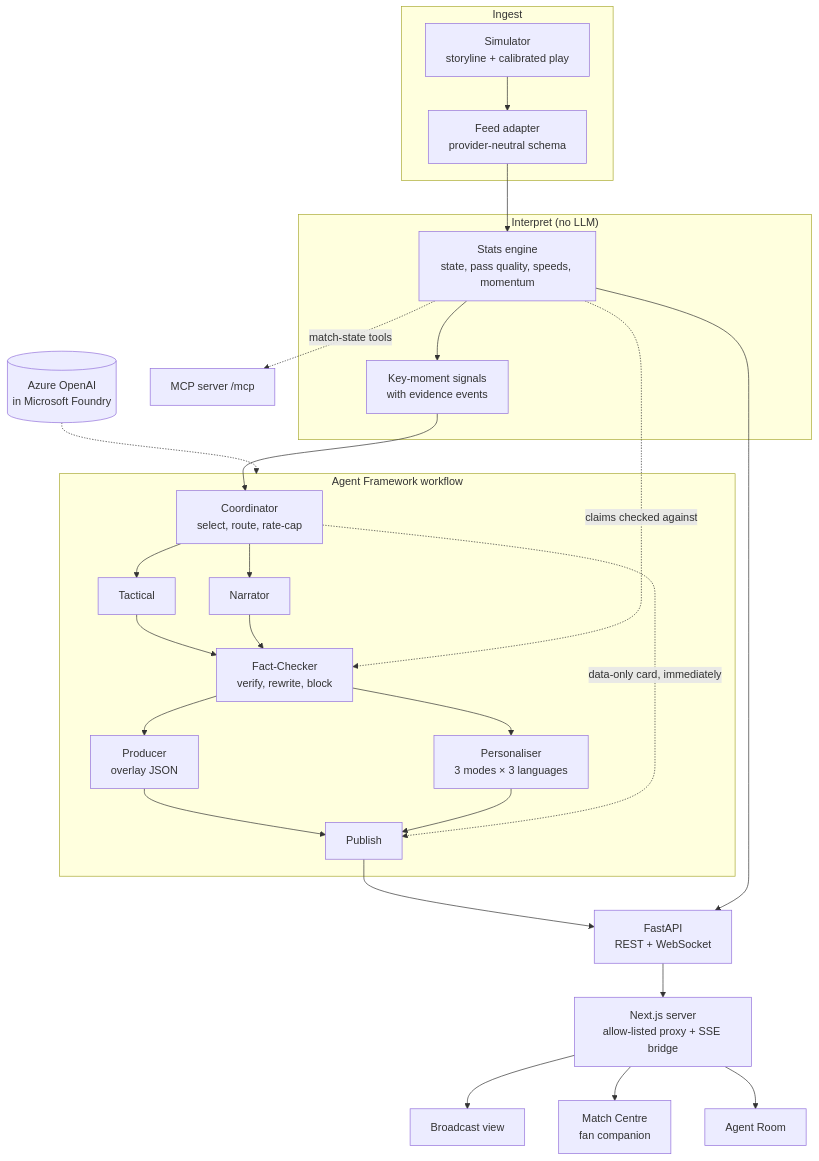
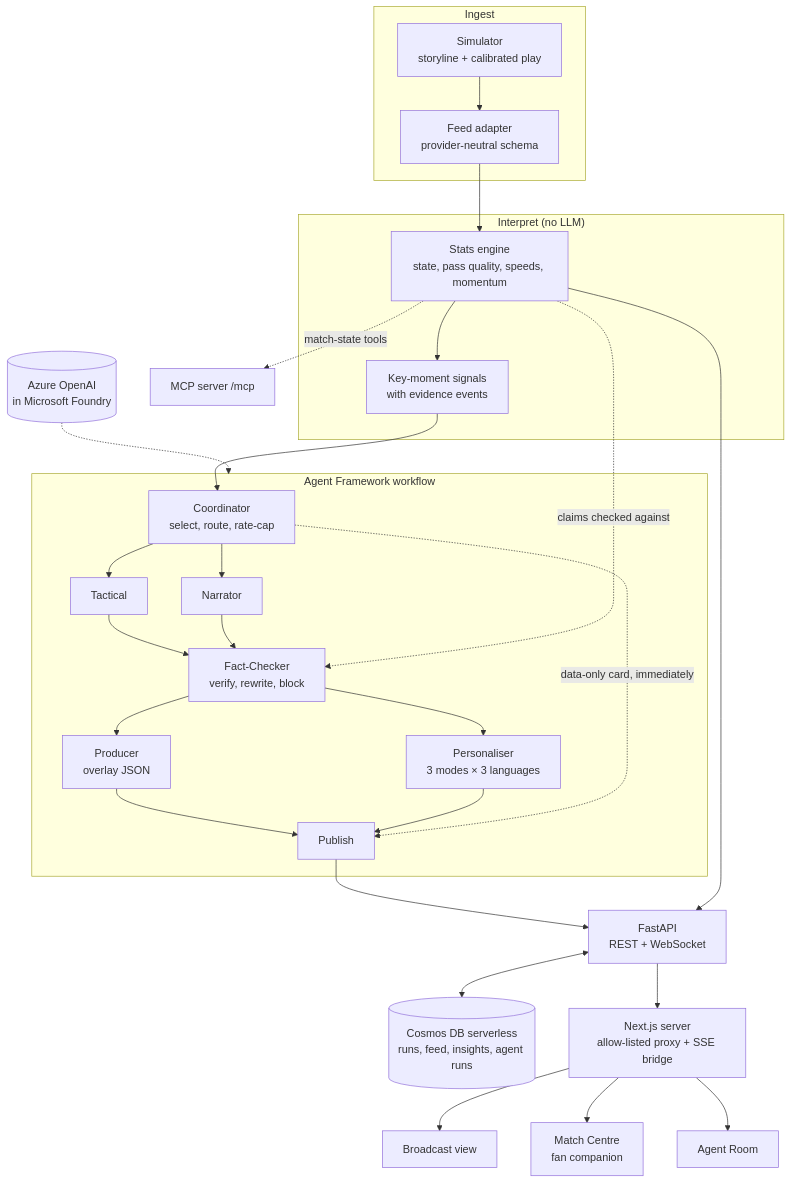
One commit to bhavya-chanana/pl-microsoft-hackathon changed the diagram in README.md. Above: the diagram before and after it, drawn with Mermaid. The commit also changed other lines of this file and 24 other files, not shown here.

````diff
--- a/README.md
+++ b/README.md
@@ -27,31 +27,32 @@
 ```mermaid
 flowchart TB
     subgraph Ingest
         SIM["Simulator<br/>storyline + calibrated play"] --> AD["Feed adapter<br/>provider-neutral schema"]
     end
     subgraph Interpret["Interpret (no LLM)"]
         AD --> ENG["Stats engine<br/>state, pass quality, speeds, momentum"]
         ENG --> SIG["Key-moment signals<br/>with evidence events"]
     end
     subgraph Agents["Agent Framework workflow"]
         SIG --> CO["Coordinator<br/>select, route, rate-cap"]
         CO --> TAC["Tactical"]
         CO --> NAR["Narrator"]
         TAC --> FC["Fact-Checker<br/>verify, rewrite, block"]
         NAR --> FC
         FC --> PRO["Producer<br/>overlay JSON"]
         FC --> PER["Personaliser<br/>3 modes × 3 languages"]
         PRO --> PUB["Publish"]
         PER --> PUB
     end
     ENG -. "match-state tools" .-> MCP["MCP server /mcp"]
     ENG -. "claims checked against" .-> FC
     CO -. "data-only card, immediately" .-> PUB
     AOAI[("Azure OpenAI<br/>in Microsoft Foundry")] -.-> Agents
     PUB --> WS["FastAPI<br/>REST + WebSocket"]
     ENG --> WS
+    WS <--> DB[("Cosmos DB serverless<br/>runs, feed, insights, agent runs")]
     WS --> NEXT["Next.js server<br/>allow-listed proxy + SSE bridge"]
     NEXT --> BC["Broadcast view"]
     NEXT --> MC["Match Centre<br/>fan companion"]
     NEXT --> AR["Agent Room"]
 ```
````
